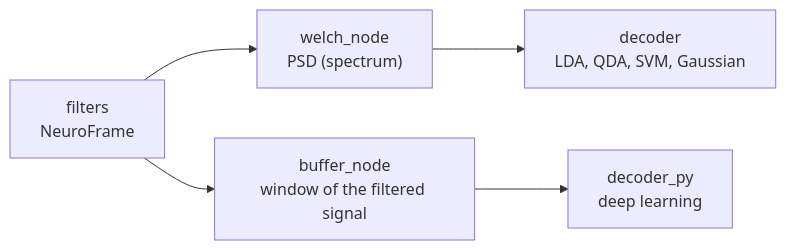
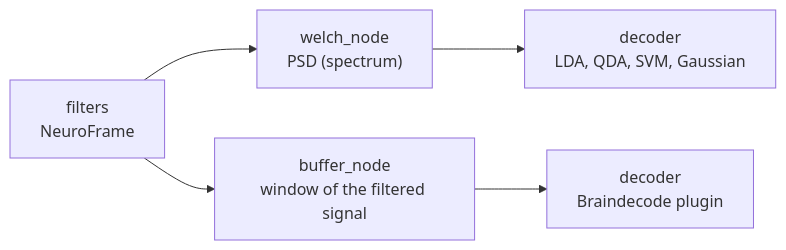
The diagram in docs/packages/processing/index.md (ros2neuro/docs), drawn with Mermaid before and after one commit. The commit also changed 37 other files, not shown here.

````diff
--- a/docs/packages/processing/index.md
+++ b/docs/packages/processing/index.md
@@ -15,5 +15,5 @@
 ```mermaid
 flowchart LR
     FIL["filters<br/>NeuroFrame"] --> WEL["welch_node<br/>PSD (spectrum)"] --> CLA["decoder<br/>LDA, QDA, SVM, Gaussian"]
-    FIL --> BUF["buffer_node<br/>window of the filtered signal"] --> DL["decoder_py<br/>deep learning"]
+    FIL --> BUF["buffer_node<br/>window of the filtered signal"] --> DL["decoder<br/>Braindecode plugin"]
 ```
````
